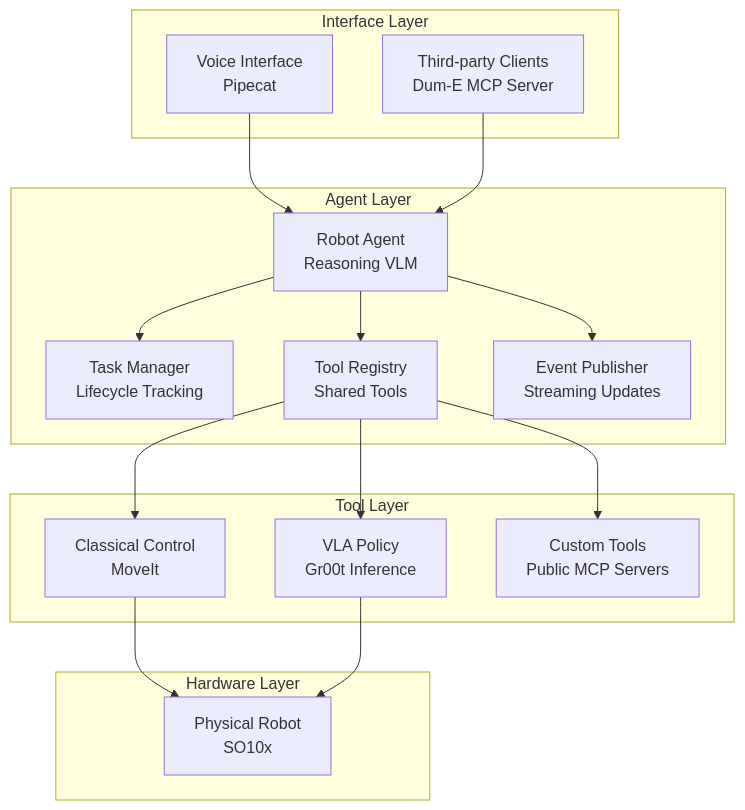
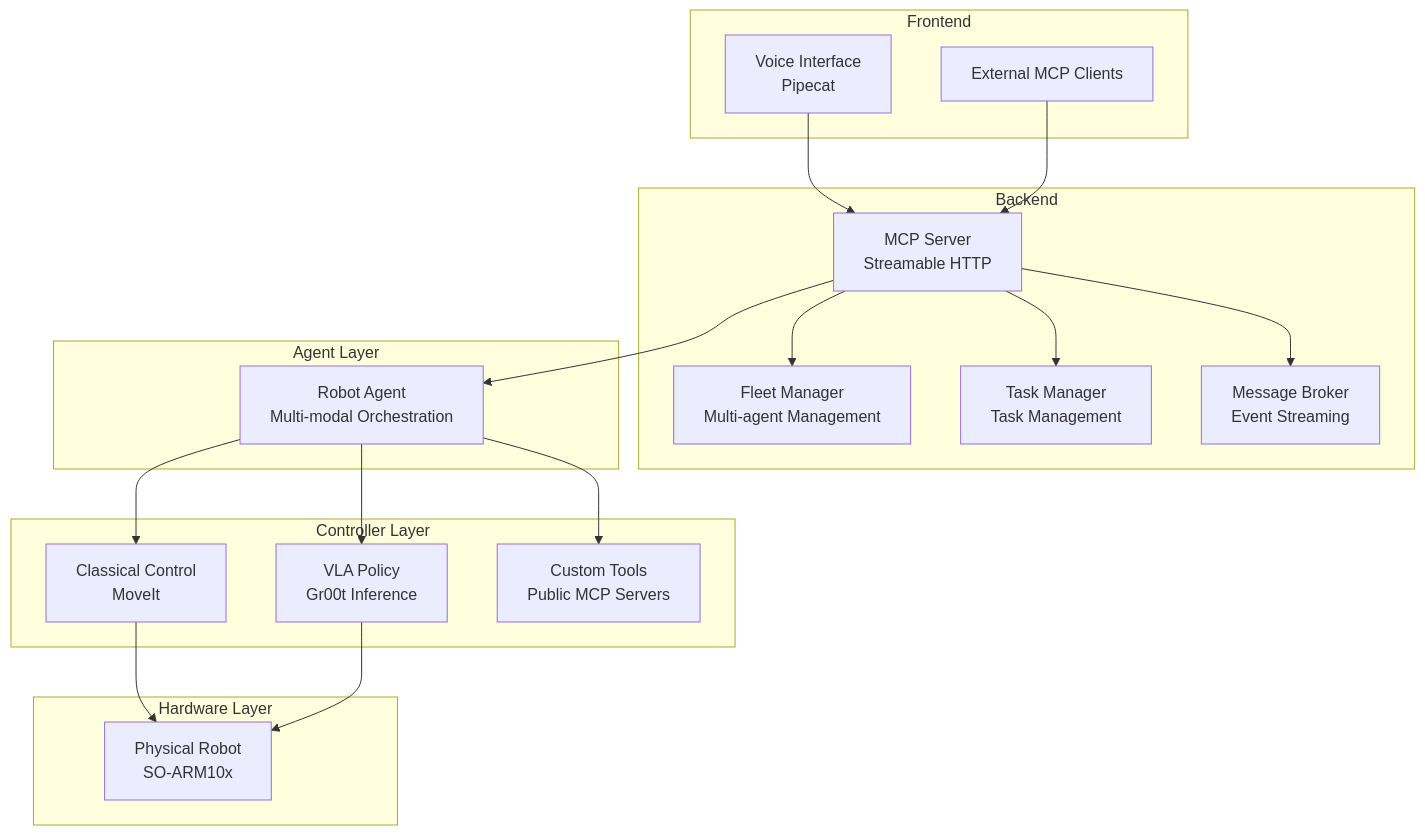
The diagram in README.md (aaronsu11/Dum-E), drawn with Mermaid before and after one commit. The commit also changed other lines of this file and 8 other files, not shown here.

````diff
--- a/README.md
+++ b/README.md
@@ -221,35 +221,30 @@
 ```mermaid
 graph TB
-    subgraph Interface Layer
-        A[Voice Interface<br/>Pipecat]
-        B[Third-party Clients<br/>Dum-E MCP Server]
-    end
-
-    subgraph Agent Layer
-        C[Robot Agent<br/>Reasoning VLM]
-        D[Task Manager<br/>Lifecycle Tracking]
-        E[Tool Registry<br/>Shared Tools]
-        F[Event Publisher<br/>Streaming Updates]
-    end
-
-    subgraph Tool Layer
-        G[Classical Control<br/>MoveIt]
-        H[VLA Policy<br/>Gr00t Inference]
-        I[Custom Tools<br/>Public MCP Servers]
-    end
-
-    subgraph Hardware Layer
-        J[Physical Robot<br/>SO10x]
-    end
-
+ subgraph subGraph0["Frontend"]
+        A["Voice Interface<br>Pipecat"]
+        B["External MCP Clients"]
+  end
+ subgraph subGraph1["Backend"]
+        C["MCP Server<br>Streamable HTTP"]
+        D["Fleet Manager<br>Multi-agent Management"]
+        E["Task Manager<br>Task Management"]
+        F["Message Broker<br>Event Streaming"]
+  end
+ subgraph subGraph2["Agent Layer"]
+        G["Robot Agent<br>Multi-modal Orchestration"]
+  end
+ subgraph subGraph3["Controller Layer"]
+        H["Classical Control<br>MoveIt"]
+        I["VLA Policy<br>Gr00t Inference"]
+        J["Custom Tools<br>Public MCP Servers"]
+  end
+ subgraph subGraph4["Hardware Layer"]
+        K["Physical Robot<br>SO-ARM10x"]
+  end
     A --> C
     B --> C
-    C --> D
-    C --> E
-    C --> F
-    E --> G
-    E --> H 
-    E --> I
-    G --> J
-    H --> J
+    C --> D & E & F & G
+    G --> H & I & J
+    H --> K
+    I --> K
 ```
````
